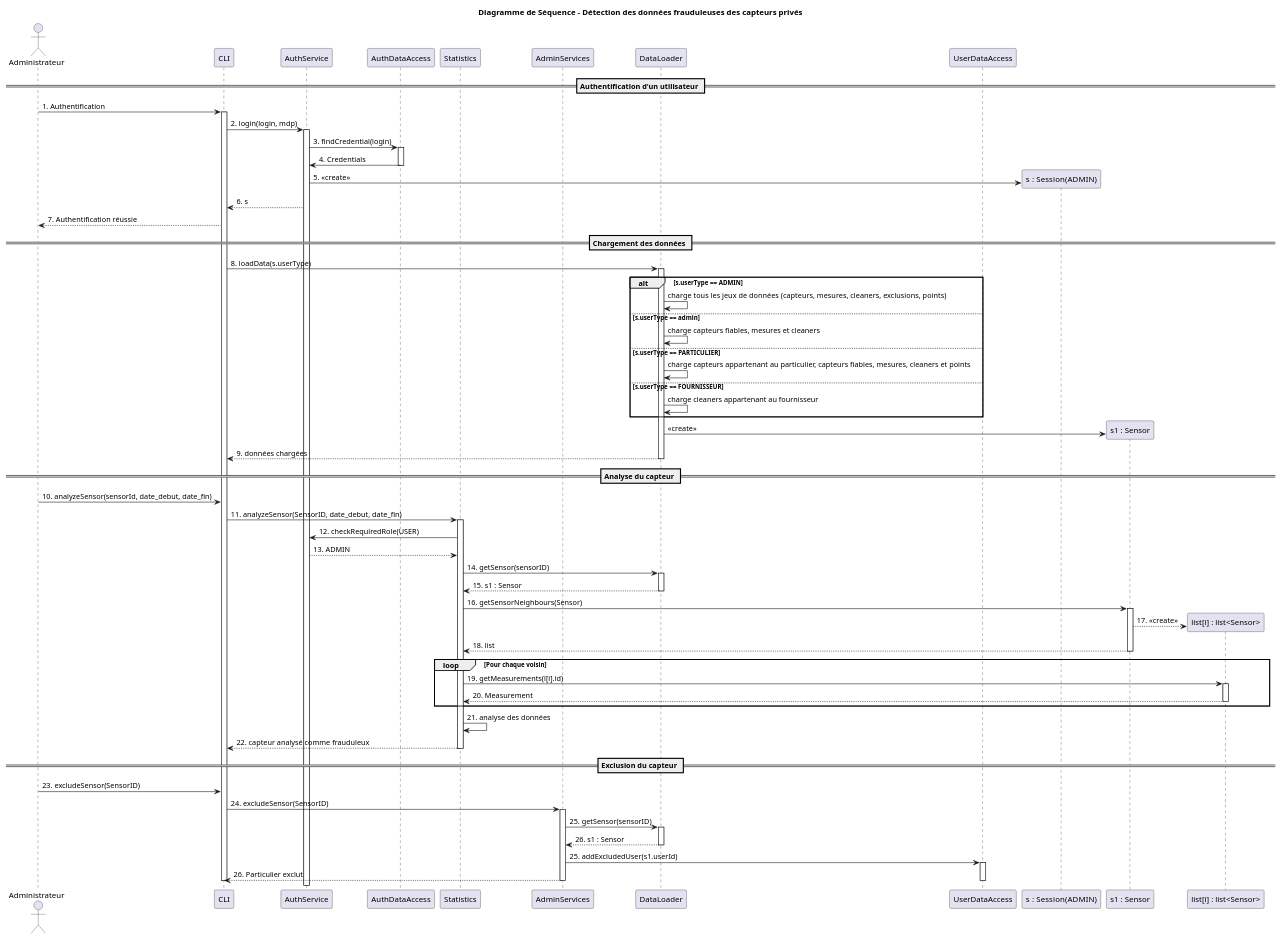
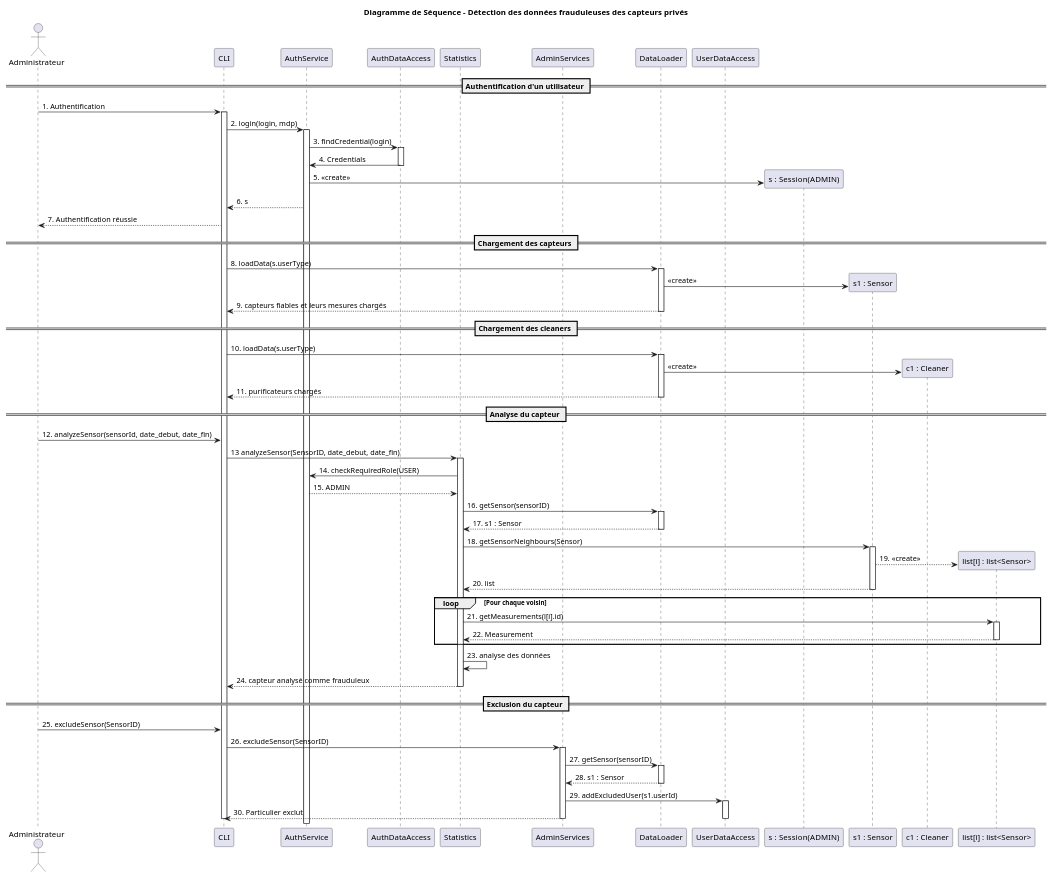
The diagram in UML/DdS-Donnees_frauduleuses.puml (ldureuil/3IF_AirWatcher), drawn with PlantUML before and after one commit. The commit also changed 13 other files, not shown here.

Commit message:
Mise-à-jour des diagrammes UML, modification du fichier des tests fonctionnels et création/relocalisation des données des tests fonctionnels

```diff
--- a/UML/DdS-Donnees_frauduleuses.puml
+++ b/UML/DdS-Donnees_frauduleuses.puml
@@ -1,95 +1,94 @@
 @startuml Capteur
 title Diagramme de Séquence - Détection des données frauduleuses des capteurs privés
 
 actor "Administrateur" as admin
 
 participant "CLI" as cli
 
 participant "AuthService" as auth
 participant "AuthDataAccess" as authdata
 
 participant "Statistics" as service
 participant "AdminServices" as adminservice
 
 participant "DataLoader" as dl
 participant "UserDataAccess" as uda
 
 == Authentification d'un utilisateur ==
 admin -> cli : 1. Authentification
 activate cli
 cli -> auth : 2. login(login, mdp)
 
     activate auth
         auth -> authdata : 3. findCredential(login)
 
         activate authdata
             authdata -> auth : 4. Credentials
         deactivate authdata
 
         create "s :  Session(ADMIN)" as s
         auth -> s : 5. <<create>>
         auth --> cli : 6. s
         cli --> admin : 7. Authentification réussie
 
-== Chargement des données ==
+== Chargement des capteurs ==
     cli -> dl  : 8. loadData(s.userType)
     activate dl
-    alt s.userType == ADMIN
-        dl -> dl : charge tous les jeux de données  (capteurs, mesures, cleaners, exclusions, points)
-    else s.userType == admin
-        dl -> dl : charge capteurs fiables, mesures et cleaners
-    else s.userType == PARTICULIER
-        dl -> dl : charge capteurs appartenant au particulier, capteurs fiables, mesures, cleaners et points
-    else s.userType == FOURNISSEUR
-        dl -> dl : charge cleaners appartenant au fournisseur
-    end
     create "s1 : Sensor" as s1
     dl -> s1 : <<create>>
-    dl --> cli  : 9. données chargées
+    dl --> cli  : 9. capteurs fiables et leurs mesures chargés
+    deactivate dl
+
+== Chargement des cleaners ==
+    cli -> dl  : 10. loadData(s.userType)
+    activate dl
+    create "c1 : Cleaner" as c1
+    dl -> c1 : <<create>>
+    dl --> cli  : 11. purificateurs chargés
     deactivate dl
 
 == Analyse du capteur ==
-    admin -> cli : 10. analyzeSensor(sensorId, date_debut, date_fin)
-    cli -> service : 11. analyzeSensor(SensorID, date_debut, date_fin)
+    admin -> cli : 12. analyzeSensor(sensorId, date_debut, date_fin)
+    cli -> service : 13 analyzeSensor(SensorID, date_debut, date_fin)
     activate service
-    service -> auth : 12. checkRequiredRole(USER)
-    auth --> service : 13. ADMIN
-            service -> dl : 14. getSensor(sensorID)
+    service -> auth : 14. checkRequiredRole(USER)
+    auth --> service : 15. ADMIN
+            service -> dl : 16. getSensor(sensorID)
             activate dl
-                dl --> service : 15. s1 : Sensor
+                dl --> service : 17. s1 : Sensor
             deactivate dl
 
-            service -> s1 : 16. getSensorNeighbours(Sensor)
+            service -> s1 : 18. getSensorNeighbours(Sensor)
             activate s1
                 create "list[i] : list<Sensor>" as list
-                s1 --> list : 17. <<create>>
-                s1 --> service : 18. list
+                s1 --> list : 19. <<create>>
+                s1 --> service : 20. list
             deactivate s1
 
             loop Pour chaque voisin
-                service -> list : 19. getMeasurements(l[i].id)
+                service -> list : 21. getMeasurements(l[i].id)
                 activate list
-                    list --> service : 20. Measurement
+                    list --> service : 22. Measurement
                 deactivate list
             end
         
-    service ->service : 21. analyse des données
-    service --> cli : 22. capteur analysé comme frauduleux
+    service ->service : 23. analyse des données
+    service --> cli : 24. capteur analysé comme frauduleux
     deactivate service
 
 == Exclusion du capteur ==
-admin -> cli : 23. excludeSensor(SensorID)
-    cli -> adminservice : 24. excludeSensor(SensorID)
+admin -> cli : 25. excludeSensor(SensorID)
+    cli -> adminservice : 26. excludeSensor(SensorID)
     activate adminservice
-        adminservice -> dl : 25. getSensor(sensorID)
+        adminservice -> dl : 27. getSensor(sensorID)
         activate dl
-            dl --> adminservice : 26. s1 : Sensor
+            dl --> adminservice : 28. s1 : Sensor
         deactivate dl
 
-        adminservice -> uda : 25. addExcludedUser(s1.userId)
+        adminservice -> uda : 29. addExcludedUser(s1.userId)
         activate uda
-        adminservice --> cli : 26. Particulier exclut
+        adminservice --> cli : 30. Particulier exclut
         deactivate uda
     deactivate adminservice
 deactivate cli
 @enduml
```
